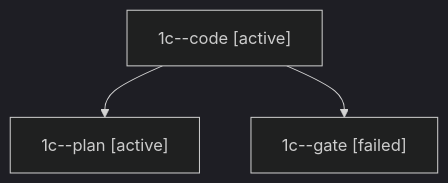
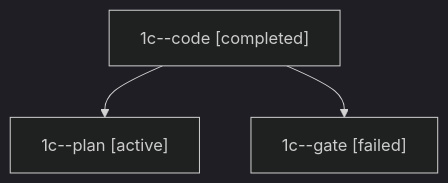
Before and after one commit to sase-org/sase--agents: the diagram in sessions/bbugyi200.apollo.1c.md, drawn with Mermaid (dark theme). The commit also changed other lines of this file and 26 other files, not shown here.

````diff
--- a/sessions/bbugyi200.apollo.1c.md
+++ b/sessions/bbugyi200.apollo.1c.md
@@ -9,8 +9,8 @@
 ```mermaid
 flowchart TD
-  n0["1c--code [active]"]
+  n0["1c--code [completed]"]
   n1["1c--plan [active]"]
   n0 --> n1
   n2["1c--gate [failed]"]
   n0 --> n2
 ```
````
